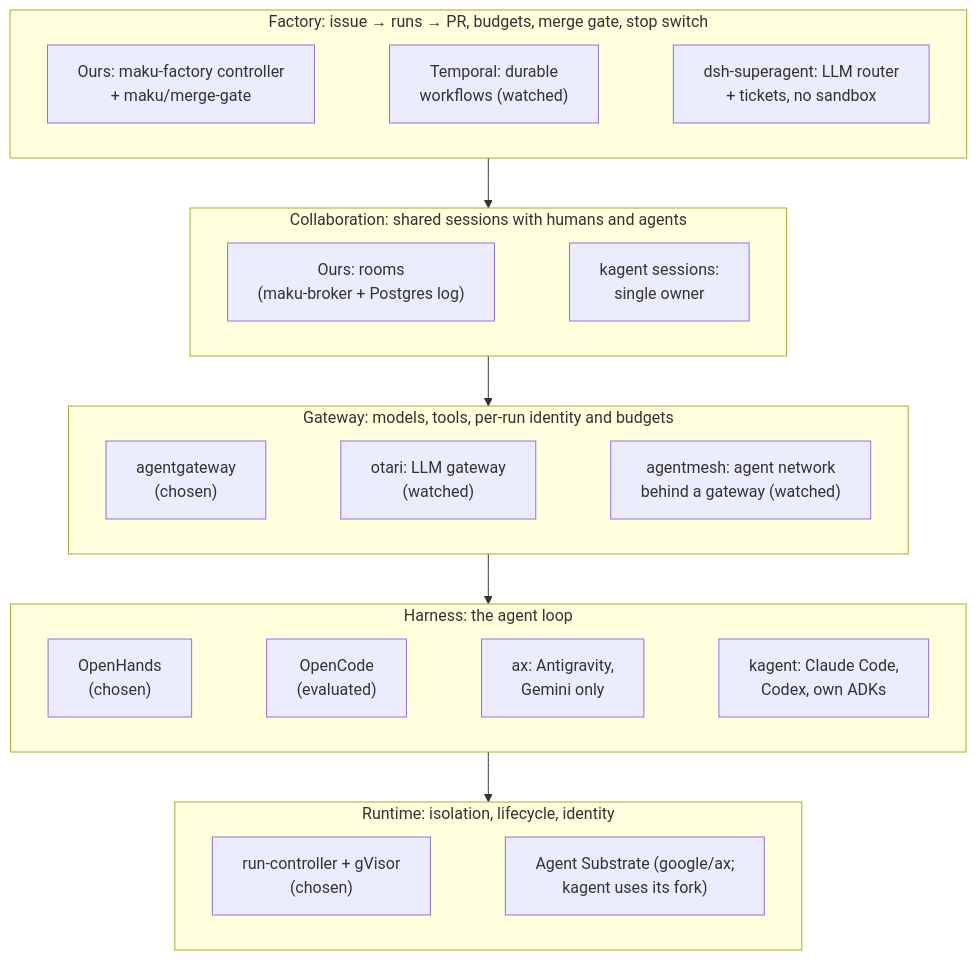
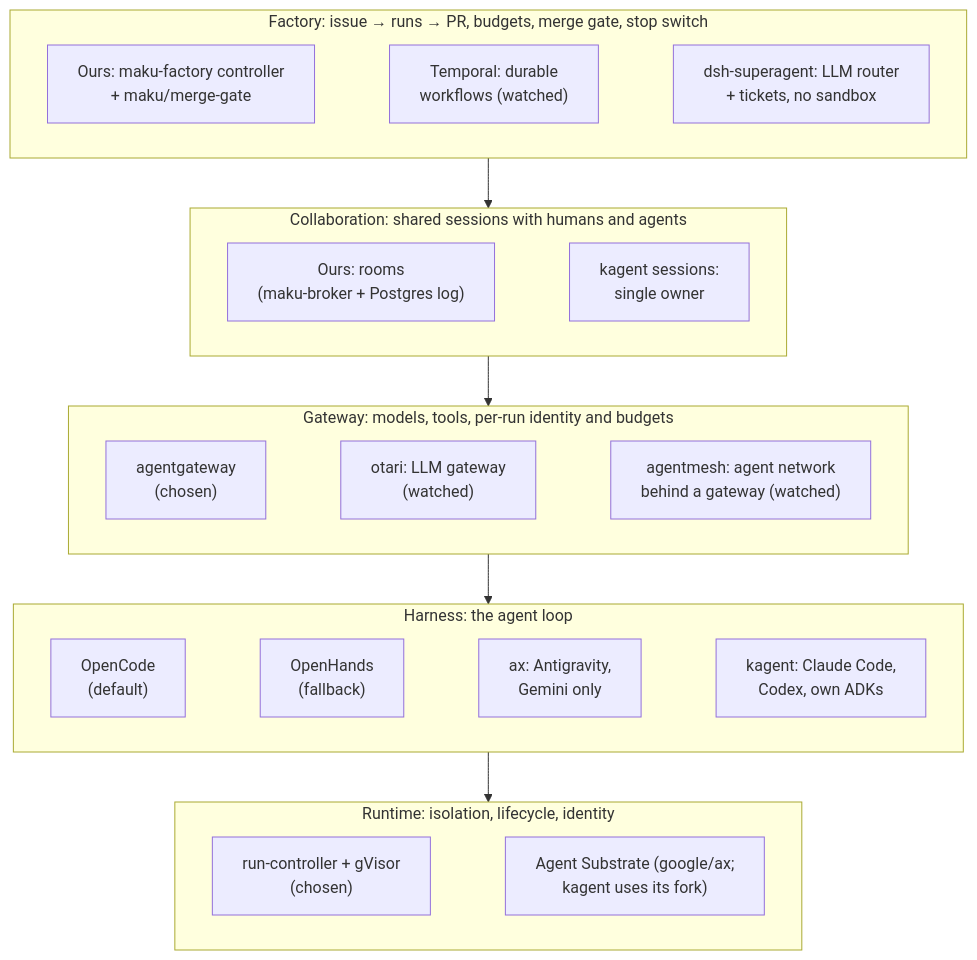
One commit to Smana/ai-native-ref changed the diagram in website/content/docs/how-it-works/alternatives.md. Above: the diagram before and after it, drawn with Mermaid. The commit also changed other lines of this file and 23 other files, not shown here.

First line of the commit message:
docs: align the site with OpenCode as default, Gemini, sidecars and the egress window (#658)

````diff
--- a/website/content/docs/how-it-works/alternatives.md
+++ b/website/content/docs/how-it-works/alternatives.md
@@ -43,25 +43,25 @@
 ```mermaid
 %%{init: {"flowchart": {"wrappingWidth": 400}}}%%
 flowchart TB
   subgraph L5["Factory: issue → runs → PR, budgets, merge gate, stop switch"]
     direction LR
     F5["Ours: maku-factory controller<br/>+ maku/merge-gate"] ~~~ T5["Temporal: durable<br/>workflows (watched)"] ~~~ D5["dsh-superagent: LLM router<br/>+ tickets, no sandbox"]
   end
   subgraph L4["Collaboration: shared sessions with humans and agents"]
     direction LR
     F4["Ours: rooms<br/>(maku-broker + Postgres log)"] ~~~ K4["kagent sessions:<br/>single owner"]
   end
   subgraph L3["Gateway: models, tools, per-run identity and budgets"]
     direction LR
     F3["agentgateway<br/>(chosen)"] ~~~ O3["otari: LLM gateway<br/>(watched)"] ~~~ M3["agentmesh: agent network<br/>behind a gateway (watched)"]
   end
   subgraph L2["Harness: the agent loop"]
     direction LR
-    F2["OpenHands<br/>(chosen)"] ~~~ O2C["OpenCode<br/>(evaluated)"] ~~~ A2["ax: Antigravity,<br/>Gemini only"] ~~~ K2["kagent: Claude Code,<br/>Codex, own ADKs"]
+    F2["OpenCode<br/>(default)"] ~~~ O2C["OpenHands<br/>(fallback)"] ~~~ A2["ax: Antigravity,<br/>Gemini only"] ~~~ K2["kagent: Claude Code,<br/>Codex, own ADKs"]
   end
   subgraph L1["Runtime: isolation, lifecycle, identity"]
     direction LR
     F1["run-controller + gVisor<br/>(chosen)"] ~~~ S1["Agent Substrate (google/ax;<br/>kagent uses its fork)"]
   end
   L5 --> L4 --> L3 --> L2 --> L1
 ```
````
